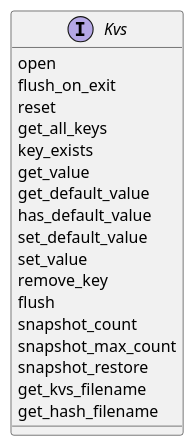
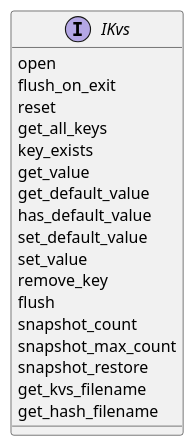
One commit to umaucher/score changed the diagram in docs/features/persistency/kvs/architecture/_assets/kvs_interface.puml. Above: the diagram before and after it, drawn with PlantUML. The commit also changed 3 other files, not shown here.

```diff
--- a/docs/features/persistency/kvs/architecture/_assets/kvs_interface.puml
+++ b/docs/features/persistency/kvs/architecture/_assets/kvs_interface.puml
@@ -1,23 +1,23 @@
 @startuml
 
-interface Kvs {
+interface IKvs {
     open
     flush_on_exit
     reset
     get_all_keys
     key_exists
     get_value
     get_default_value
     has_default_value
     set_default_value
     set_value
     remove_key
     flush
     snapshot_count
     snapshot_max_count
     snapshot_restore
     get_kvs_filename
     get_hash_filename
 }
 
 @enduml
```
